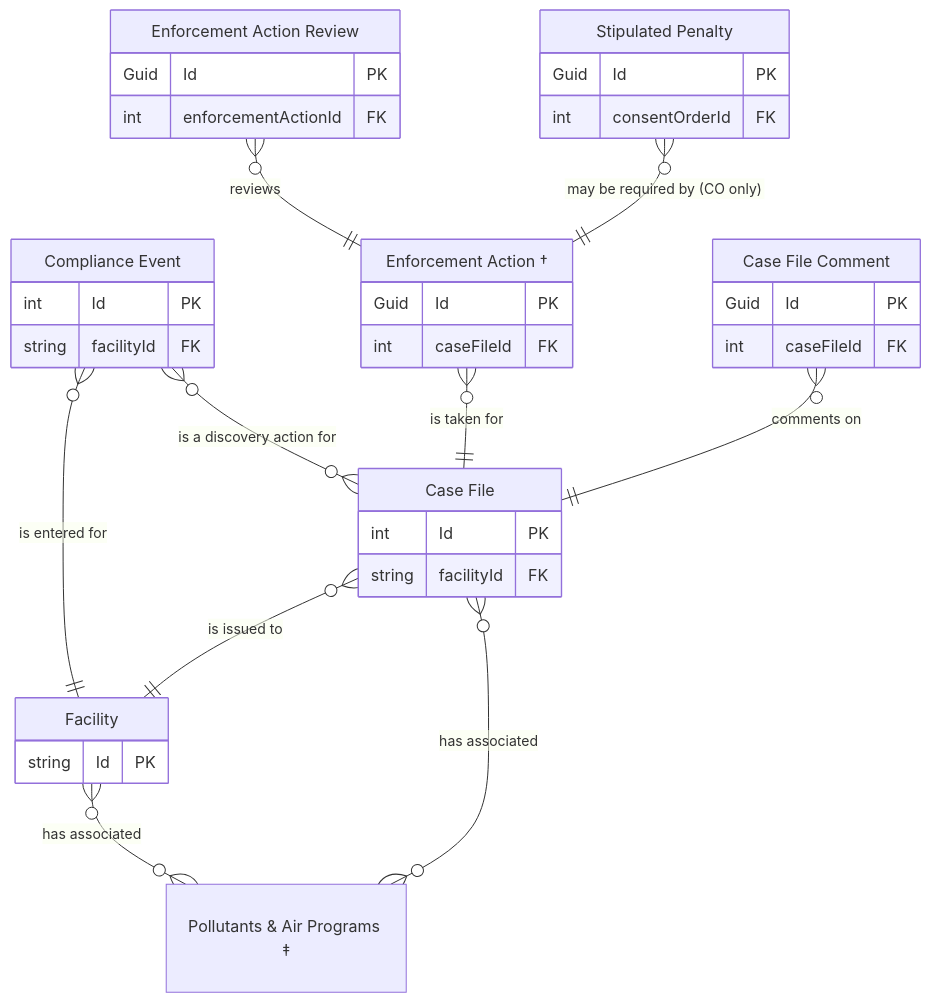
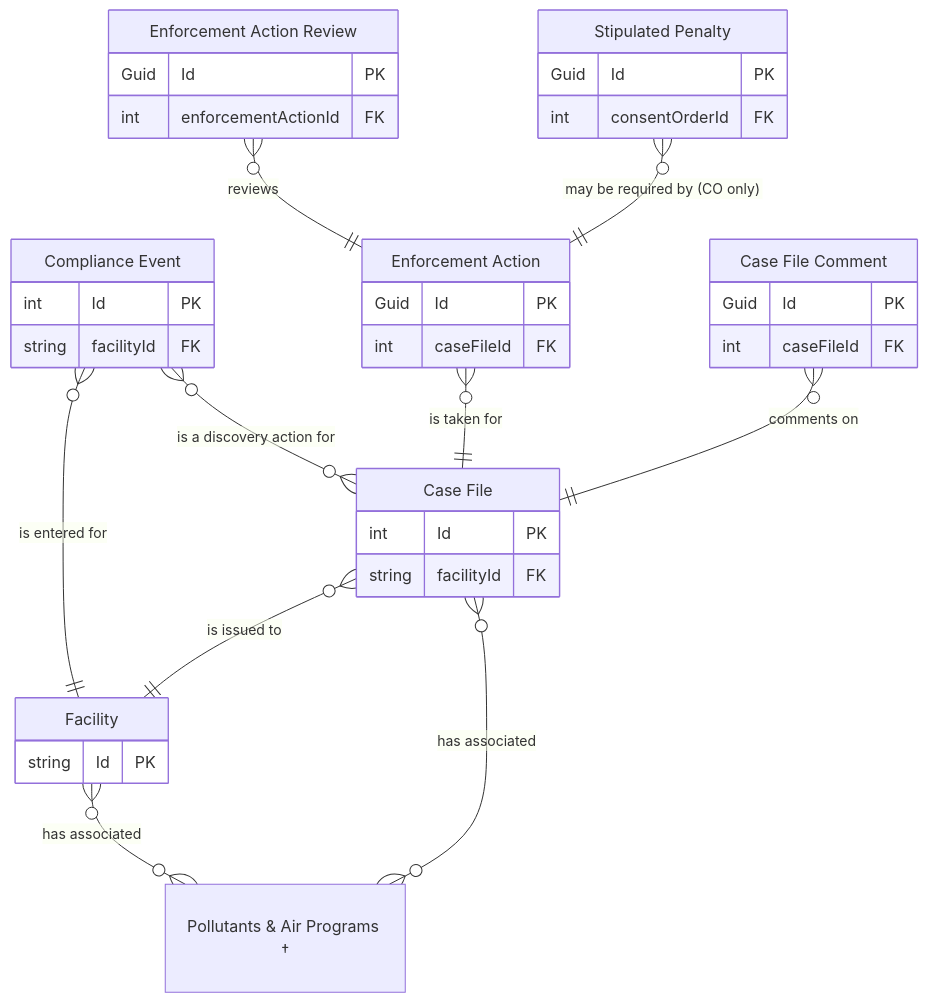
Before and after one commit to gaepdit/air-web: the diagram in docs/Data-entities/Enforcement-ERD.md, drawn with Mermaid. The commit also changed other lines of this file and 2 other files, not shown here.

Commit message:
Update ERDs & workflows

````diff
--- a/docs/Data-entities/Enforcement-ERD.md
+++ b/docs/Data-entities/Enforcement-ERD.md
@@ -3,48 +3,48 @@
 ```mermaid
 erDiagram
     FAC["Facility"] {
         string Id PK
     }
 
     CWE["Compliance Event"] {
         int Id PK
         string facilityId FK
     }
 
     ENF["Case File"] {
         int Id PK
         string facilityId FK
     }
 
     CTE["Case File Comment"] {
         Guid Id PK
         int caseFileId FK
     }
 
-    ACT["Enforcement Action †"] {
+    ACT["Enforcement Action"] {
         Guid Id PK
         int caseFileId FK
     }
 
-    POL["Pollutants & Air Programs ‡"]
+    POL["Pollutants & Air Programs †"]
 
     REV["Enforcement Action Review"] {
         Guid Id PK
         int enforcementActionId FK
     }
 
     STP["Stipulated Penalty"] {
         Guid Id PK
         int consentOrderId FK
     }
 
     FAC }o--o{ POL: "has associated"
     ENF }o--o{ POL: "has associated"
     CWE }o--o{ ENF: "is a discovery action for"
     CWE }o--|| FAC: "is entered for"
     ACT }o--|| ENF: "is taken for"
     CTE }o--|| ENF: "comments on"
     ENF }o--|| FAC: "is issued to"
     REV }o--|| ACT: "reviews"
     STP }o--|| ACT: "may be required by (CO only)"
 ```
````
